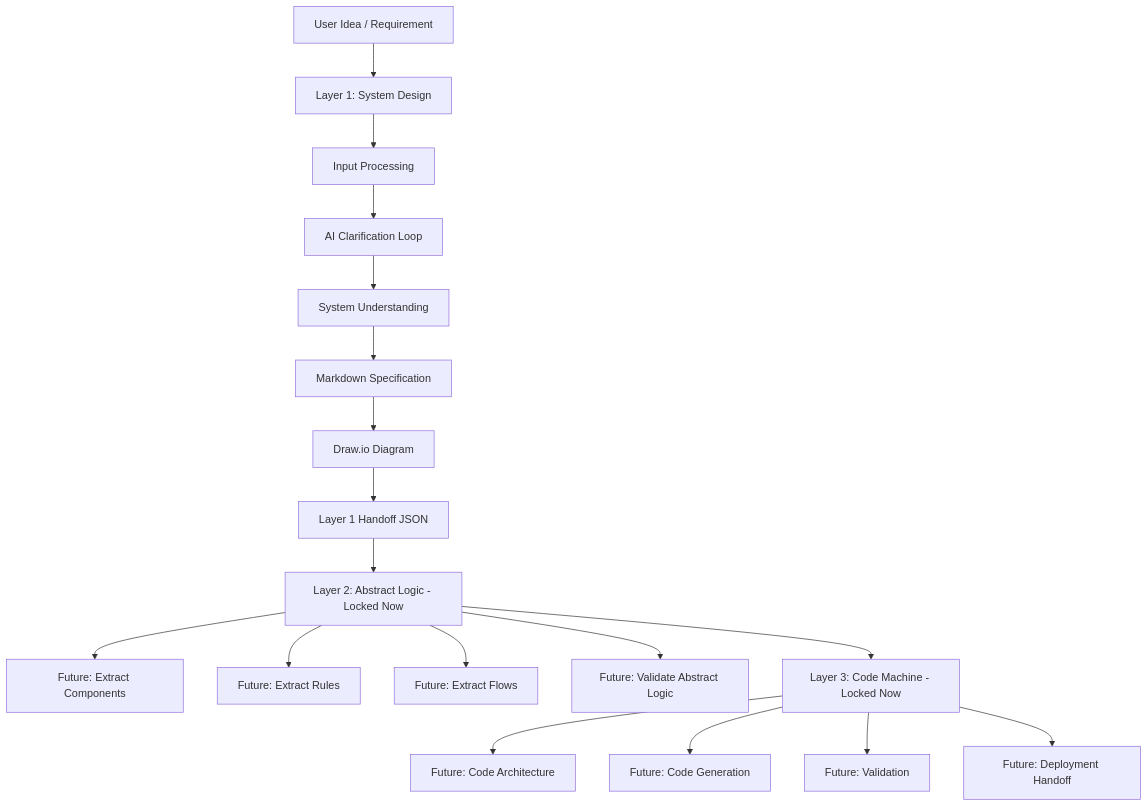
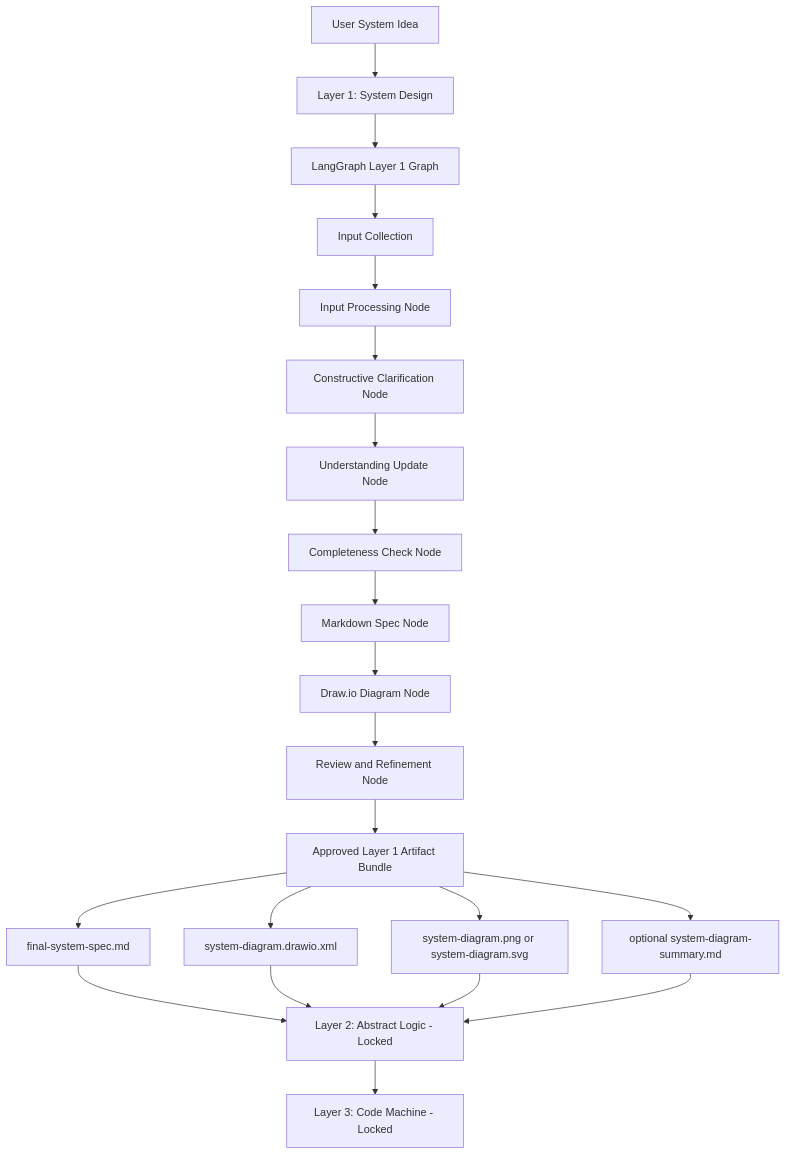
Before and after one commit to ProductMasterz/Mujarrad-Frontend: the first of 19 diagrams in Docs/system-design-detailed-plan.md, drawn with Mermaid. The commit also changed other lines of this file, not shown here.

Commit message:
Refine system design architecture plan

````diff
--- a/Docs/system-design-detailed-plan.md
+++ b/Docs/system-design-detailed-plan.md
@@ -129,23 +140,28 @@
 ```mermaid
 flowchart TD
-    A[User Idea / Requirement] --> B[Layer 1: System Design]
+    A[User System Idea] --> B[Layer 1: System Design]
 
-    B --> B1[Input Processing]
-    B1 --> B2[AI Clarification Loop]
-    B2 --> B3[System Understanding]
-    B3 --> B4[Markdown Specification]
-    B4 --> B5[Draw.io Diagram]
-    B5 --> B6[Layer 1 Handoff JSON]
+    B --> LG[LangGraph Layer 1 Graph]
 
-    B6 --> C[Layer 2: Abstract Logic - Locked Now]
-    C --> C1[Future: Extract Components]
-    C --> C2[Future: Extract Rules]
-    C --> C3[Future: Extract Flows]
-    C --> C4[Future: Validate Abstract Logic]
+    LG --> B1[Input Collection]
+    B1 --> B2[Input Processing Node]
+    B2 --> B3[Constructive Clarification Node]
+    B3 --> B4[Understanding Update Node]
+    B4 --> B5[Completeness Check Node]
+    B5 --> B6[Markdown Spec Node]
+    B6 --> B7[Draw.io Diagram Node]
+    B7 --> B8[Review and Refinement Node]
+    B8 --> B9[Approved Layer 1 Artifact Bundle]
 
-    C --> D[Layer 3: Code Machine - Locked Now]
-    D --> D1[Future: Code Architecture]
-    D --> D2[Future: Code Generation]
-    D --> D3[Future: Validation]
-    D --> D4[Future: Deployment Handoff]
+    B9 --> E1[final-system-spec.md]
+    B9 --> E2[system-diagram.drawio.xml]
+    B9 --> E3[system-diagram.png or system-diagram.svg]
+    B9 --> E4[optional system-diagram-summary.md]
+
+    E1 --> C[Layer 2: Abstract Logic - Locked]
+    E2 --> C
+    E3 --> C
+    E4 --> C
+
+    C --> D[Layer 3: Code Machine - Locked]
 ```
````
